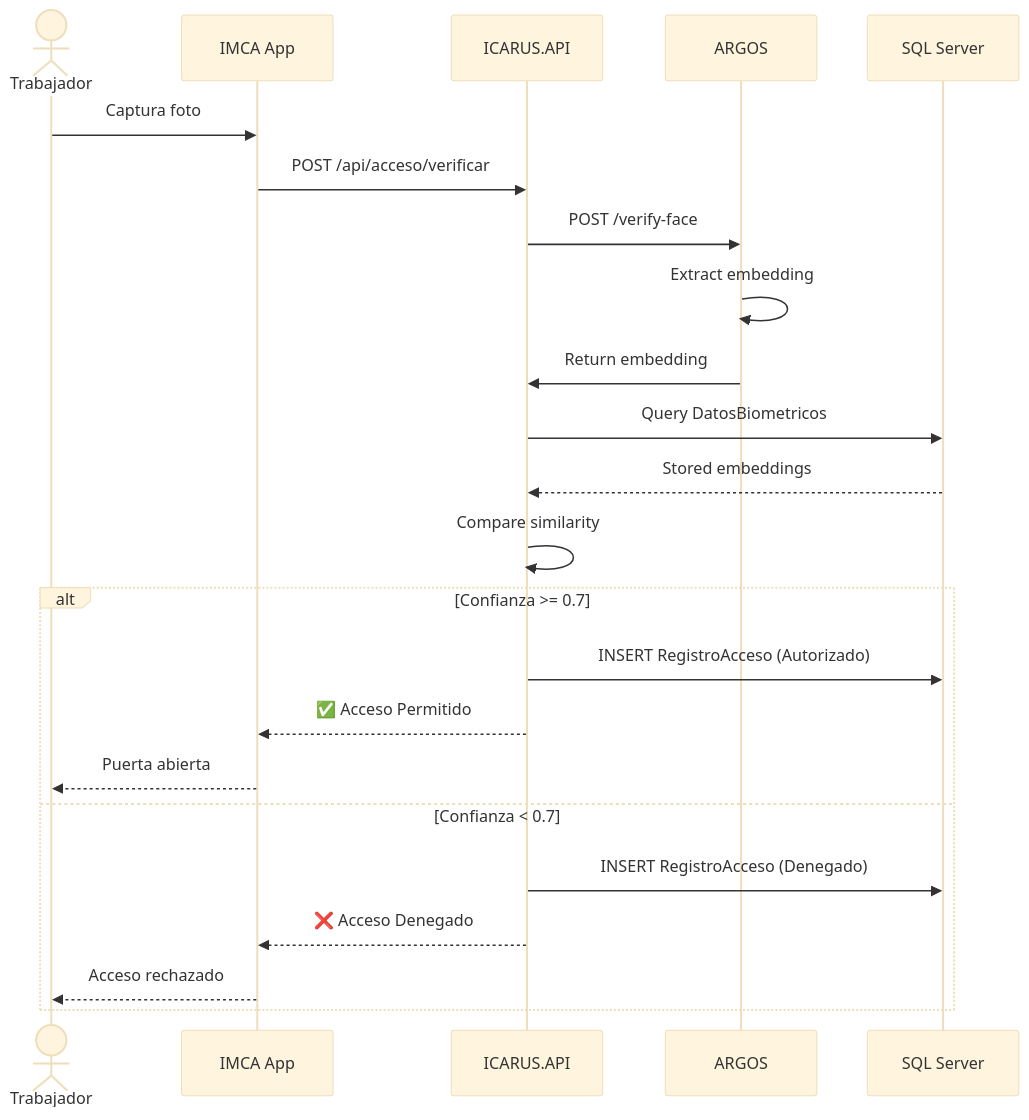
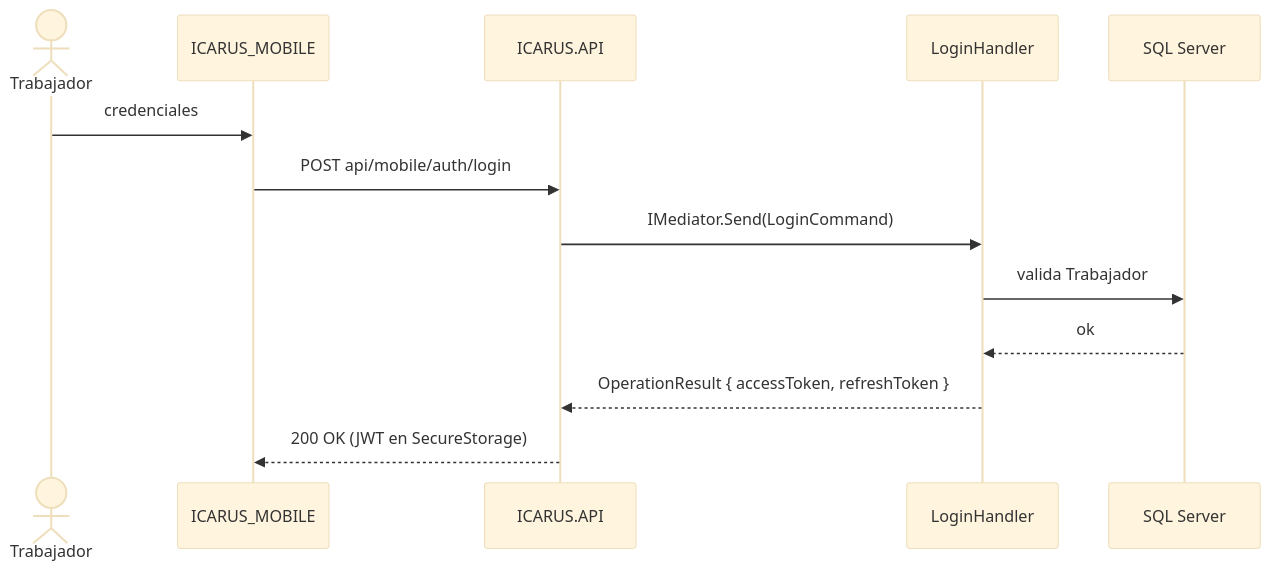
The second of 4 diagrams in ICARUS/diagramas/secuencia.md (luicahleo/DocumentacionProyectos), drawn with Mermaid (base theme) before and after one commit. The commit also changed other lines of this file and 52 other files, not shown here.

````diff
--- a/ICARUS/diagramas/secuencia.md
+++ b/ICARUS/diagramas/secuencia.md
@@ -23,27 +27,16 @@
 ```mermaid
 sequenceDiagram
     actor Trabajador
-    participant Mobile as IMCA App
+    participant App as ICARUS_MOBILE
     participant API as ICARUS.API
-    participant Argos as ARGOS
+    participant H as LoginHandler
     participant DB as SQL Server
-    
-    Trabajador->>Mobile: Captura foto
-    Mobile->>API: POST /api/acceso/verificar
-    API->>Argos: POST /verify-face
-    Argos->>Argos: Extract embedding
-    Argos->>API: Return embedding
-    API->>DB: Query DatosBiometricos
-    DB-->>API: Stored embeddings
-    API->>API: Compare similarity
-    
-    alt Confianza >= 0.7
-        API->>DB: INSERT RegistroAcceso (Autorizado)
-        API-->>Mobile: ✅ Acceso Permitido
-        Mobile-->>Trabajador: Puerta abierta
-    else Confianza < 0.7
-        API->>DB: INSERT RegistroAcceso (Denegado)
-        API-->>Mobile: ❌ Acceso Denegado
-        Mobile-->>Trabajador: Acceso rechazado
-    end
+
+    Trabajador->>App: credenciales
+    App->>API: POST api/mobile/auth/login
+    API->>H: IMediator.Send(LoginCommand)
+    H->>DB: valida Trabajador
+    DB-->>H: ok
+    H-->>API: OperationResult { accessToken, refreshToken }
+    API-->>App: 200 OK (JWT en SecureStorage)
 ```
````
